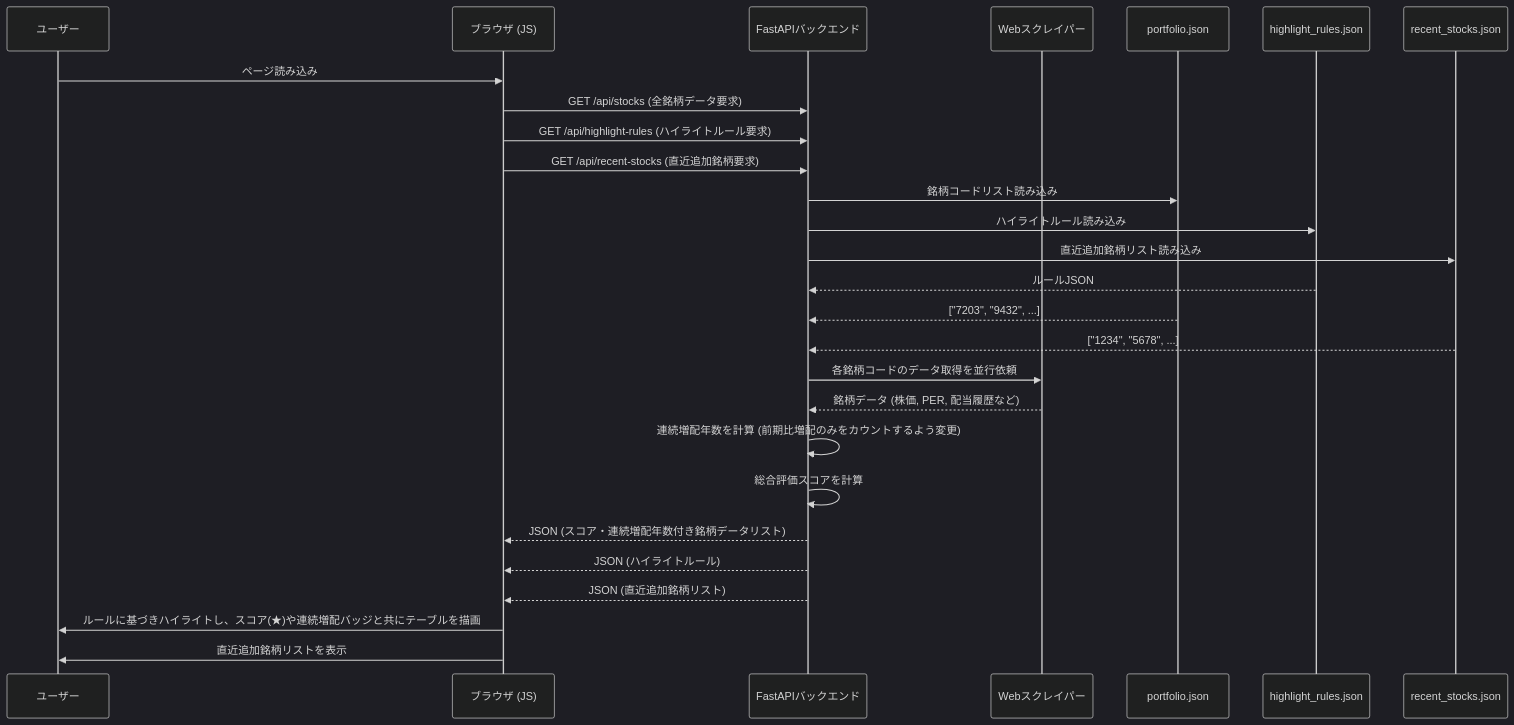
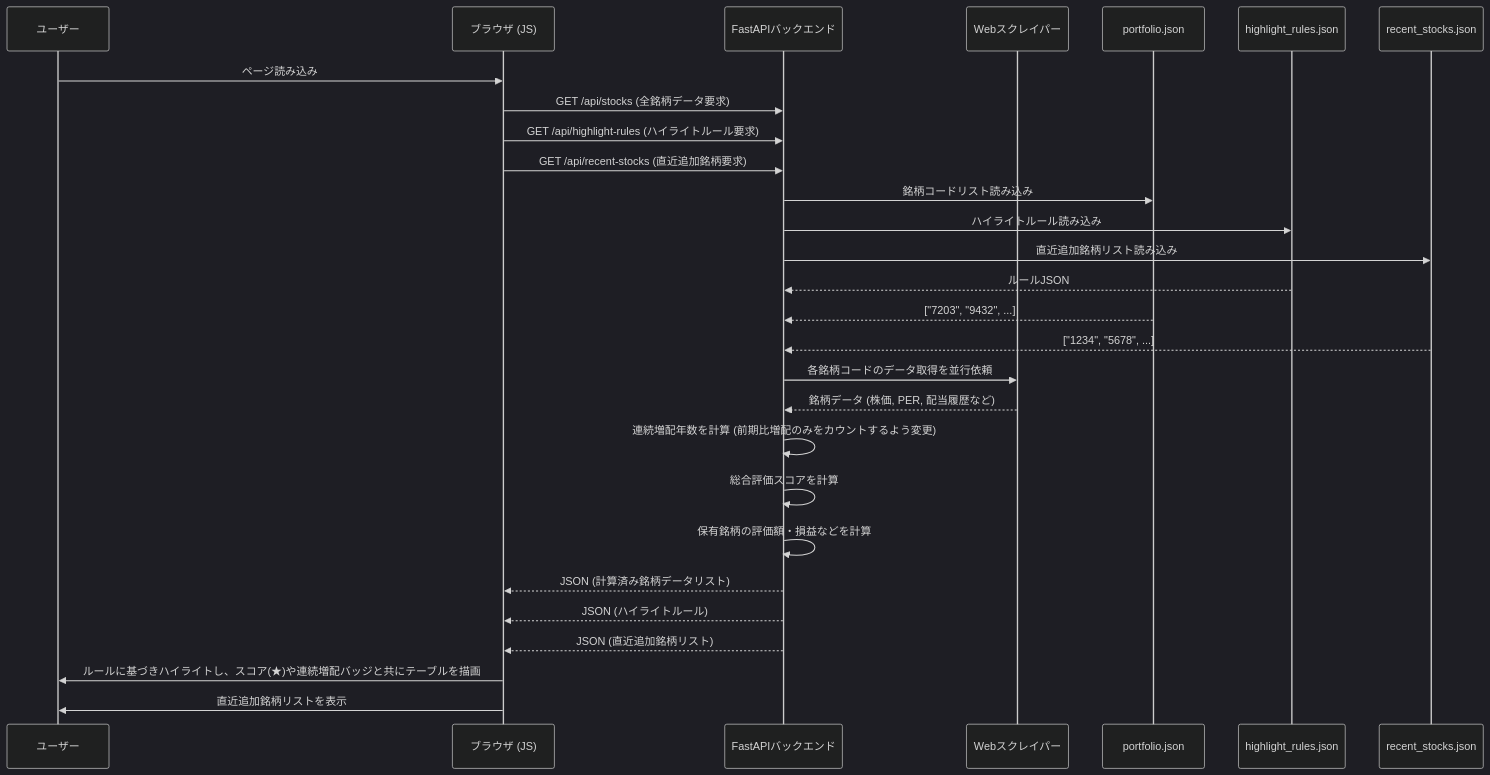
One commit to ymkge/jp-stock-portfolio-app changed the first of 3 diagrams in README.md. Above: the diagram before and after it, drawn with Mermaid (dark theme). The commit also changed other lines of this file, not shown here.

````diff
--- a/README.md
+++ b/README.md
@@ -70,34 +75,35 @@
 ```mermaid
 sequenceDiagram
     participant User as ユーザー
     participant Browser as ブラウザ (JS)
     participant API as FastAPIバックエンド
     participant Scraper as Webスクレイパー
     participant Portfolio as portfolio.json
     participant Rules as highlight_rules.json
     participant RecentStocks as recent_stocks.json
 
     User->>Browser: ページ読み込み
     Browser->>API: GET /api/stocks (全銘柄データ要求)
     Browser->>API: GET /api/highlight-rules (ハイライトルール要求)
     Browser->>API: GET /api/recent-stocks (直近追加銘柄要求)
     
     API->>Portfolio: 銘柄コードリスト読み込み
     API->>Rules: ハイライトルール読み込み
     API->>RecentStocks: 直近追加銘柄リスト読み込み
     Rules-->>API: ルールJSON
     Portfolio-->>API: ["7203", "9432", ...]
     RecentStocks-->>API: ["1234", "5678", ...]
     
     API->>Scraper: 各銘柄コードのデータ取得を並行依頼
     Scraper-->>API: 銘柄データ (株価, PER, 配当履歴など)
     
     API->>API: 連続増配年数を計算 (前期比増配のみをカウントするよう変更)
     API->>API: 総合評価スコアを計算
-    API-->>Browser: JSON (スコア・連続増配年数付き銘柄データリスト)
+    API->>API: 保有銘柄の評価額・損益などを計算
+    API-->>Browser: JSON (計算済み銘柄データリスト)
     API-->>Browser: JSON (ハイライトルール)
     API-->>Browser: JSON (直近追加銘柄リスト)
     
     Browser->>User: ルールに基づきハイライトし、スコア(★)や連続増配バッジと共にテーブルを描画
     Browser->>User: 直近追加銘柄リストを表示
 ```
````
